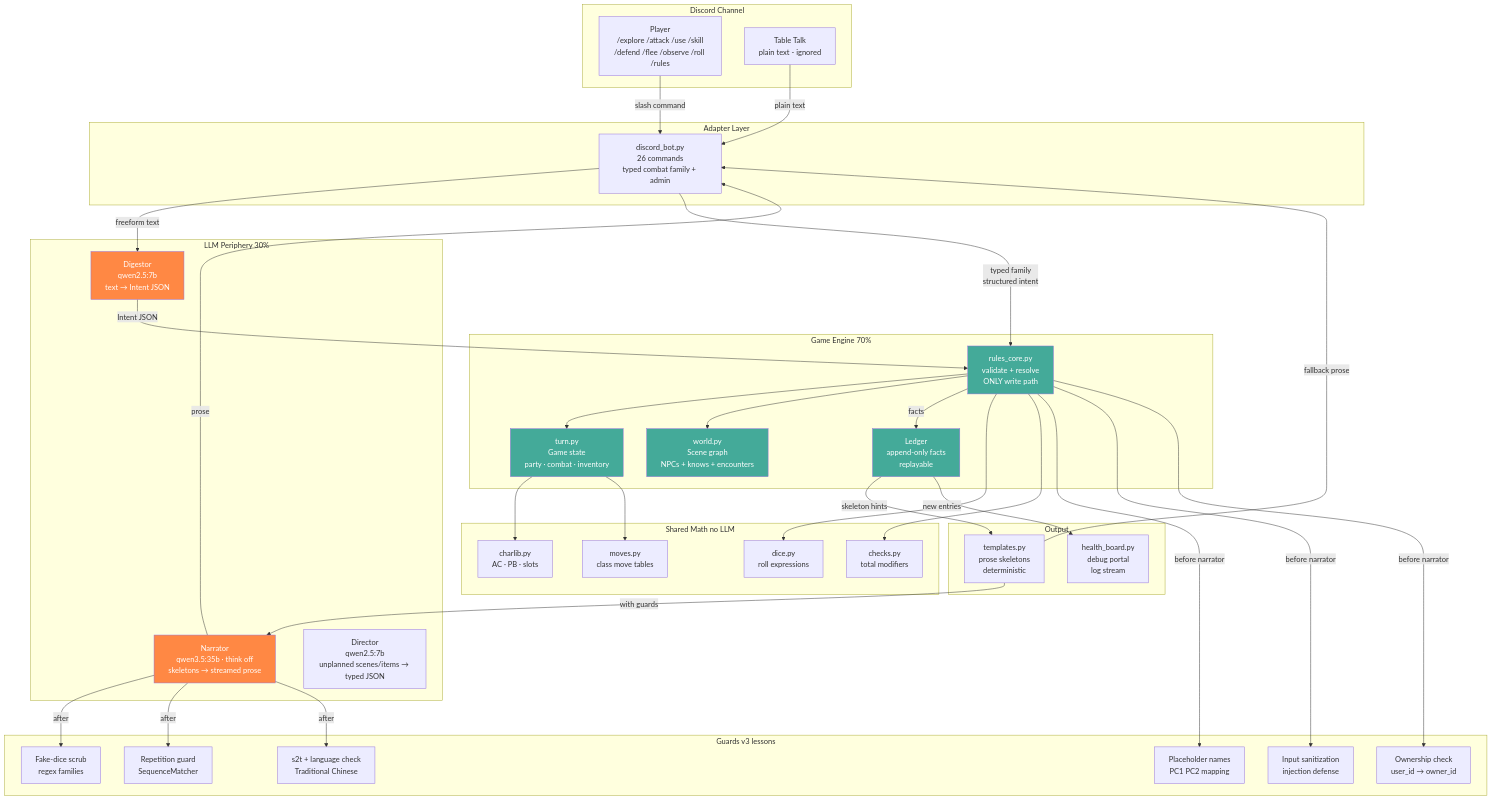
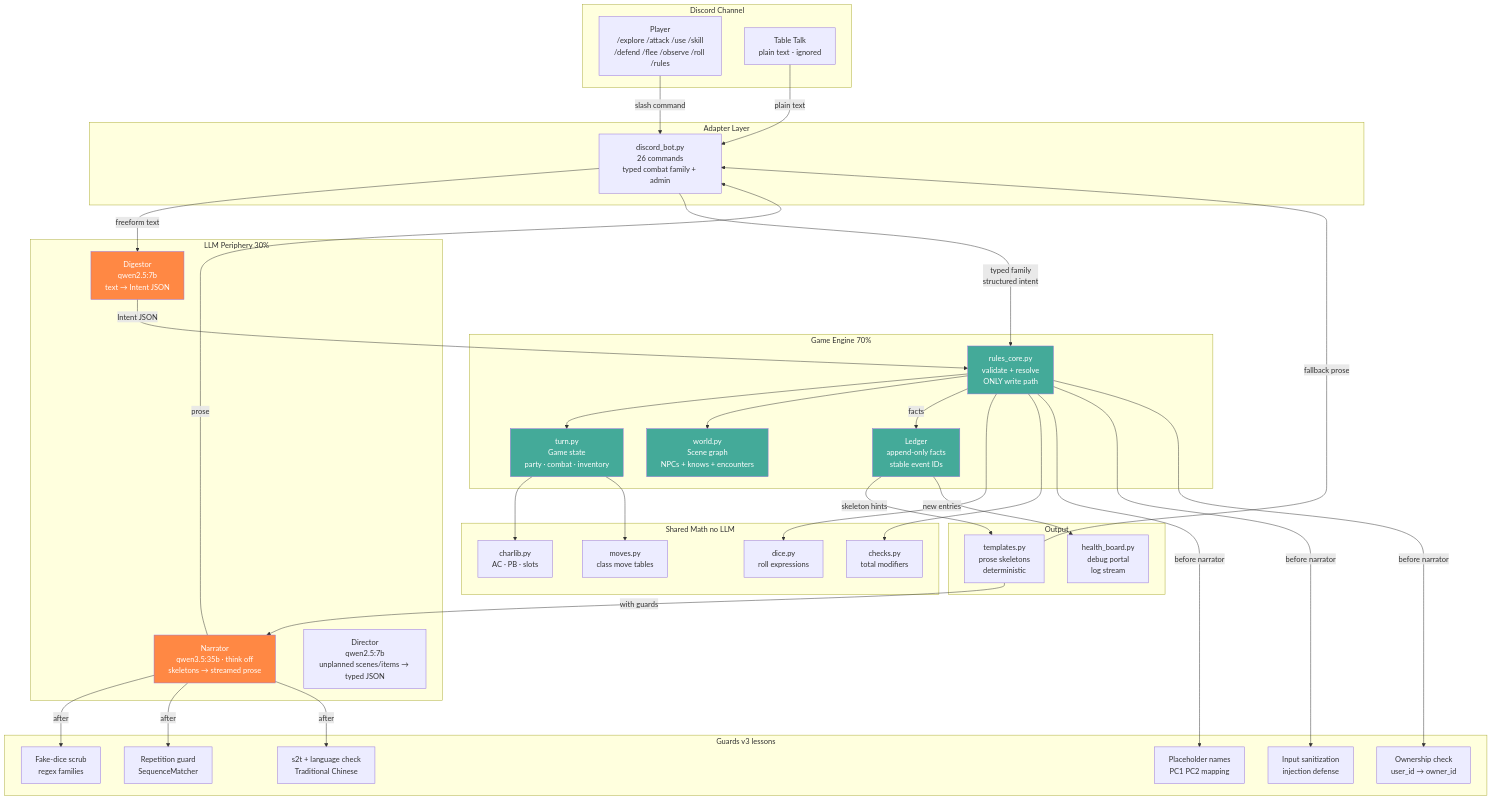
One commit to J4CkM4n/dnd-discord-bot changed the first of 3 diagrams in ARCHITECTURE.md. Above: the diagram before and after it, drawn with Mermaid. The commit also changed other lines of this file and 20 other files, not shown here.

````diff
--- a/ARCHITECTURE.md
+++ b/ARCHITECTURE.md
@@ -3,80 +3,80 @@
 ```mermaid
 graph TB
     subgraph "Discord Channel"
         P[Player<br/>/explore /attack /use /skill<br/>/defend /flee /observe /roll /rules]
         TP[Table Talk<br/>plain text - ignored]
     end
 
     subgraph "Adapter Layer"
         AD[discord_bot.py<br/>26 commands<br/>typed combat family + admin]
     end
 
     subgraph "LLM Periphery 30%"
         DG[Digestor<br/>qwen2.5:7b<br/>text → Intent JSON]
         NR["Narrator<br/>qwen3.5:35b · think off<br/>skeletons → streamed prose"]
         DR[Director<br/>qwen2.5:7b<br/>unplanned scenes/items → typed JSON]
     end
 
     subgraph "Game Engine 70%"
         RC[rules_core.py<br/>validate + resolve<br/>ONLY write path]
         TU[turn.py<br/>Game state<br/>party · combat · inventory]
         WO[world.py<br/>Scene graph<br/>NPCs + knows + encounters]
-        LD[Ledger<br/>append-only facts<br/>replayable]
+        LD[Ledger<br/>append-only facts<br/>stable event IDs]
     end
 
     subgraph "Shared Math no LLM"
         CL[charlib.py<br/>AC · PB · slots]
         DC[dice.py<br/>roll expressions]
         CK[checks.py<br/>total modifiers]
         MV[moves.py<br/>class move tables]
     end
 
     subgraph "Guards v3 lessons"
         G1[Placeholder names<br/>PC1 PC2 mapping]
         G2[Fake-dice scrub<br/>regex families]
         G3[Repetition guard<br/>SequenceMatcher]
         G4[s2t + language check<br/>Traditional Chinese]
         G5[Input sanitization<br/>injection defense]
         G6[Ownership check<br/>user_id → owner_id]
     end
 
     subgraph "Output"
         TM[templates.py<br/>prose skeletons<br/>deterministic]
         HP[health_board.py<br/>debug portal<br/>log stream]
     end
 
     P -->|slash command| AD
     TP -->|plain text| AD
     AD -->|freeform text| DG
     AD -->|typed family<br/>structured intent| RC
     DG -->|Intent JSON| RC
 
     RC --> TU
     RC --> WO
     RC -->|facts| LD
 
     TU --> CL
     TU --> MV
     RC --> DC
     RC --> CK
 
     RC -->|before narrator| G1
     RC -->|before narrator| G5
     RC -->|before narrator| G6
     LD -->|skeleton hints| TM
     TM -->|with guards| NR
     NR -->|after| G2
     NR -->|after| G3
     NR -->|after| G4
     NR -->|prose| AD
     TM -->|fallback prose| AD
 
     LD -->|new entries| HP
 
     style RC fill:#4a9,color:#fff
     style TU fill:#4a9,color:#fff
     style WO fill:#4a9,color:#fff
     style LD fill:#4a9,color:#fff
     style DG fill:#f84,color:#fff
     style NR fill:#f84,color:#fff
 ```
````
